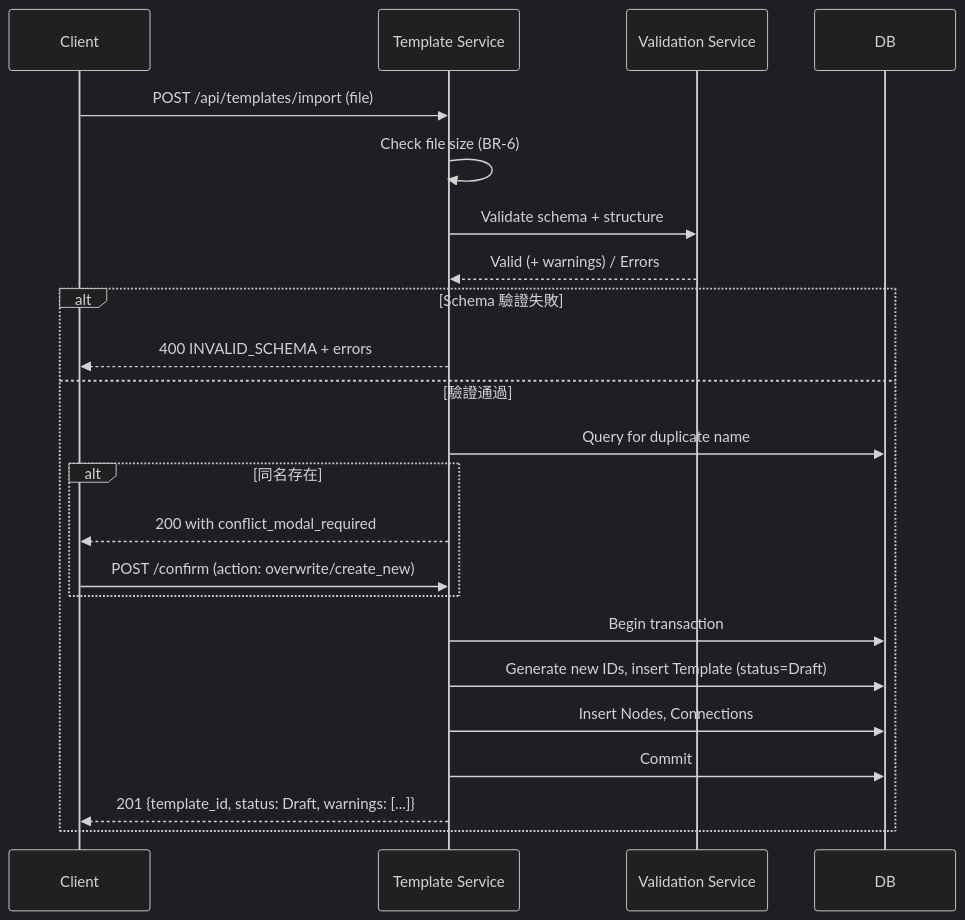
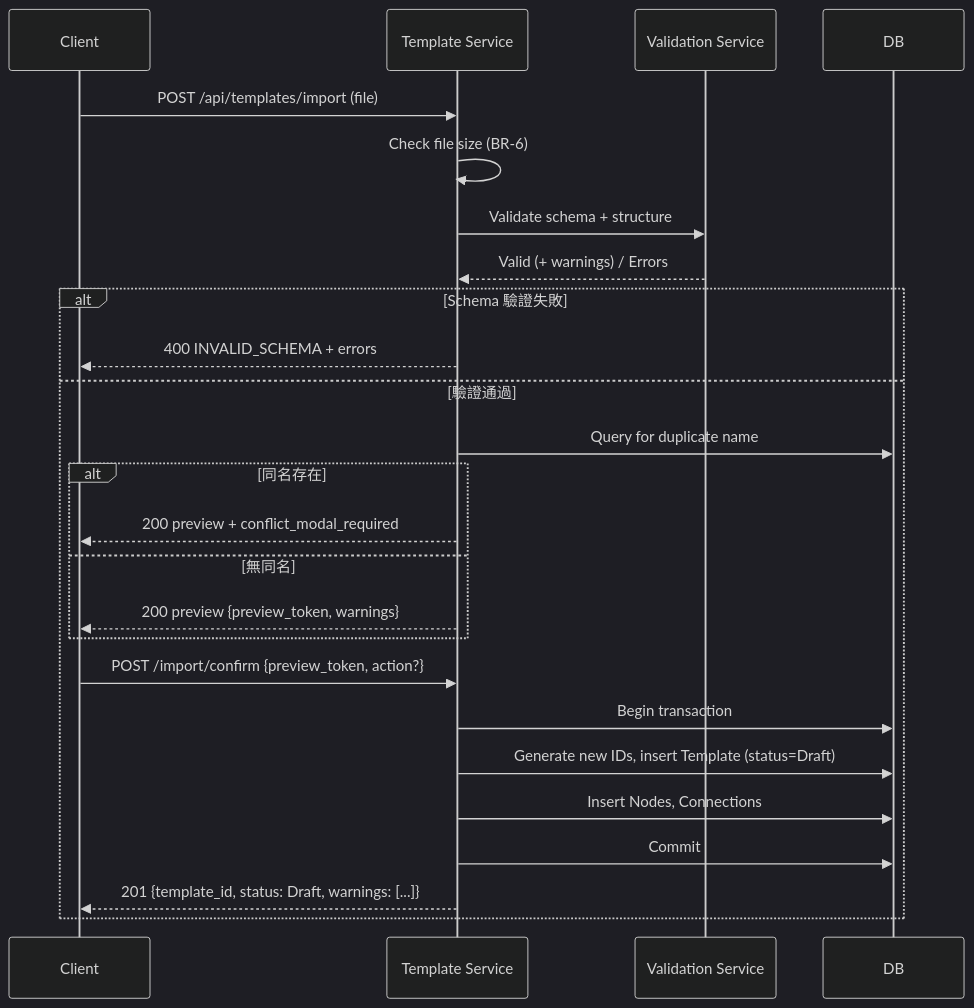
The first of 4 diagrams in examples/automation-template-export/4-flows.md (JohnnyHuang0515/system-feature-design), drawn with Mermaid (dark theme) before and after one commit. The commit also changed 17 other files, not shown here.

````diff
--- a/examples/automation-template-export/4-flows.md
+++ b/examples/automation-template-export/4-flows.md
@@ -11,27 +11,29 @@
 ```mermaid
 sequenceDiagram
     participant C as Client
     participant T as Template Service
     participant V as Validation Service
     participant D as DB
 
     C->>T: POST /api/templates/import (file)
     T->>T: Check file size (BR-6)
     T->>V: Validate schema + structure
     V-->>T: Valid (+ warnings) / Errors
     
     alt Schema 驗證失敗
         T-->>C: 400 INVALID_SCHEMA + errors
     else 驗證通過
         T->>D: Query for duplicate name
         alt 同名存在
-            T-->>C: 200 with conflict_modal_required
-            C->>T: POST /confirm (action: overwrite/create_new)
+            T-->>C: 200 preview + conflict_modal_required
+        else 無同名
+            T-->>C: 200 preview {preview_token, warnings}
         end
+        C->>T: POST /import/confirm {preview_token, action?}
         T->>D: Begin transaction
         T->>D: Generate new IDs, insert Template (status=Draft)
         T->>D: Insert Nodes, Connections
         T->>D: Commit
         T-->>C: 201 {template_id, status: Draft, warnings: [...]}
     end
 ```
````
